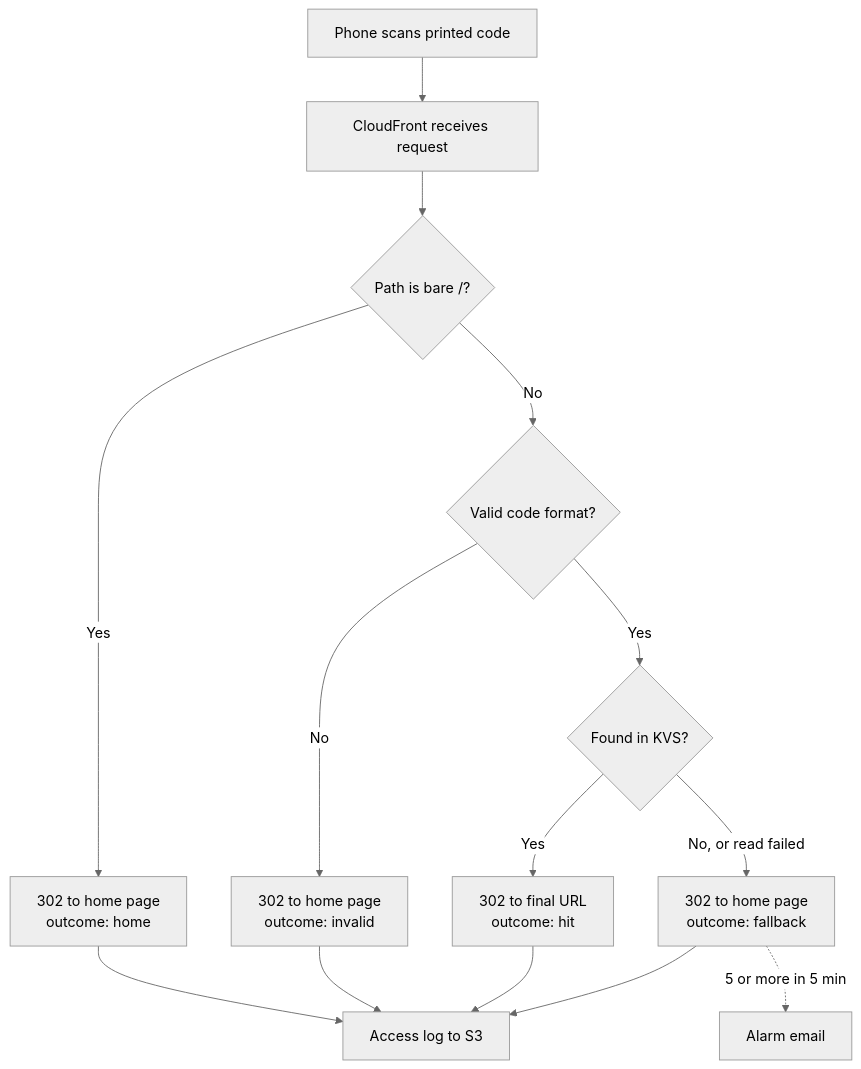
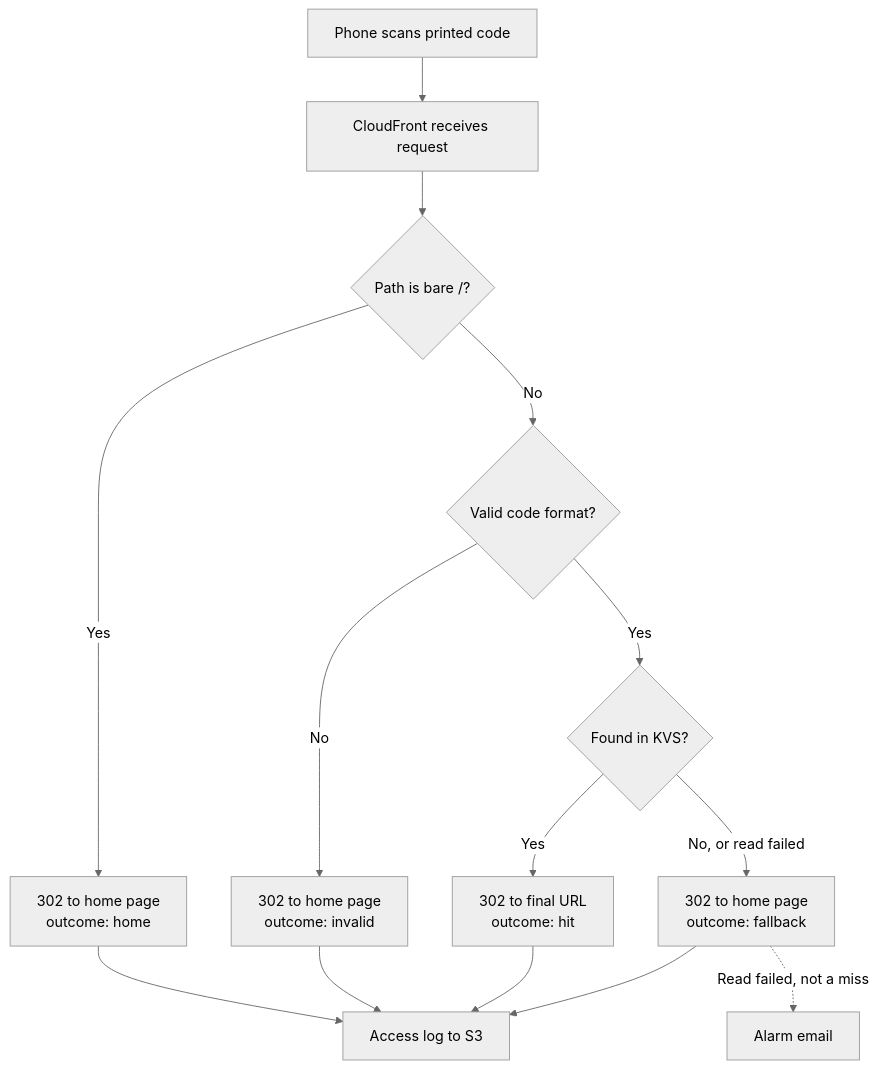
The fourth of 8 diagrams in docs/DESIGN.md (saastabp/qr-manager), drawn with Mermaid (neutral theme) before and after one commit. The commit also changed other lines of this file and 4 other files, not shown here.

First line of the commit message:
Alarm on real KVS failures, not ordinary misses

````diff
--- a/docs/DESIGN.md
+++ b/docs/DESIGN.md
@@ -211,16 +211,16 @@
 ```mermaid
 flowchart TD
     S[Phone scans printed code] --> CF[CloudFront receives request]
     CF --> P{Path is bare /?}
     P -->|Yes| HOME[302 to home page<br/>outcome: home]
     P -->|No| V{Valid code format?}
     V -->|No| INV[302 to home page<br/>outcome: invalid]
     V -->|Yes| K{Found in KVS?}
     K -->|Yes| HIT[302 to final URL<br/>outcome: hit]
     K -->|No, or read failed| FB[302 to home page<br/>outcome: fallback]
     HOME --> L[Access log to S3]
     INV --> L
     HIT --> L
     FB --> L
-    FB -.->|5 or more in 5 min| AL[Alarm email]
+    FB -.->|Read failed, not a miss| AL[Alarm email]
 ```
````
